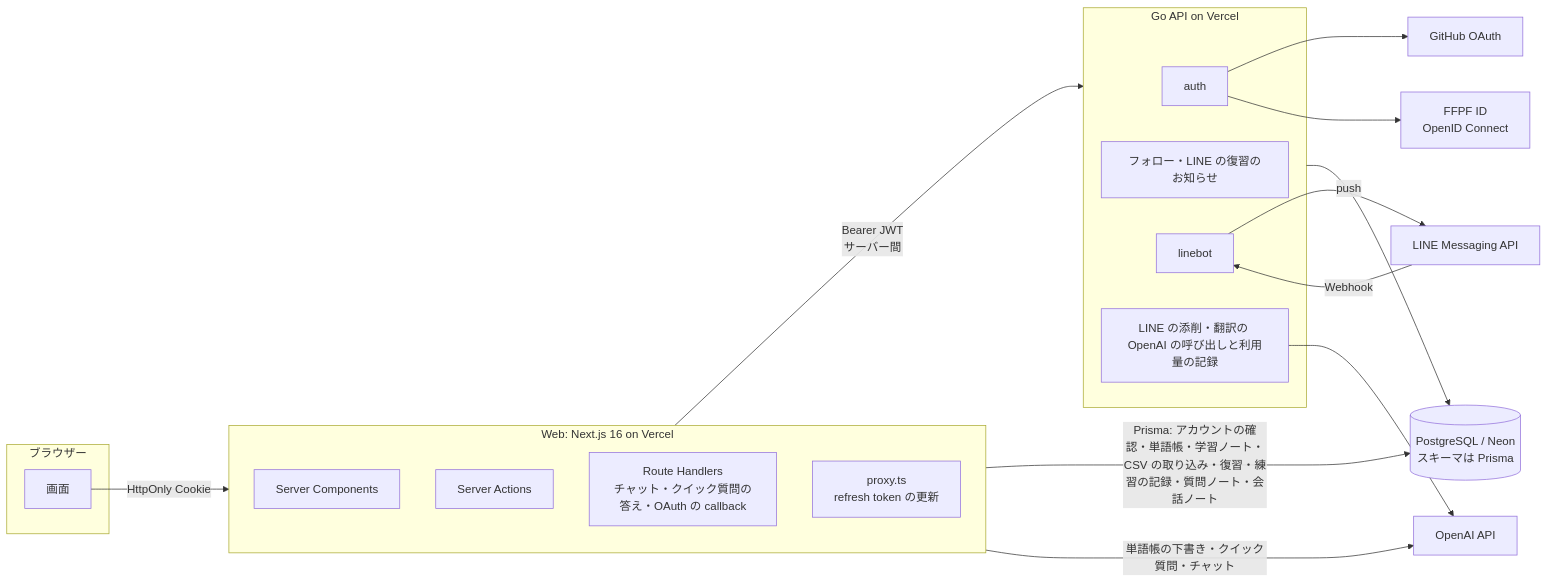
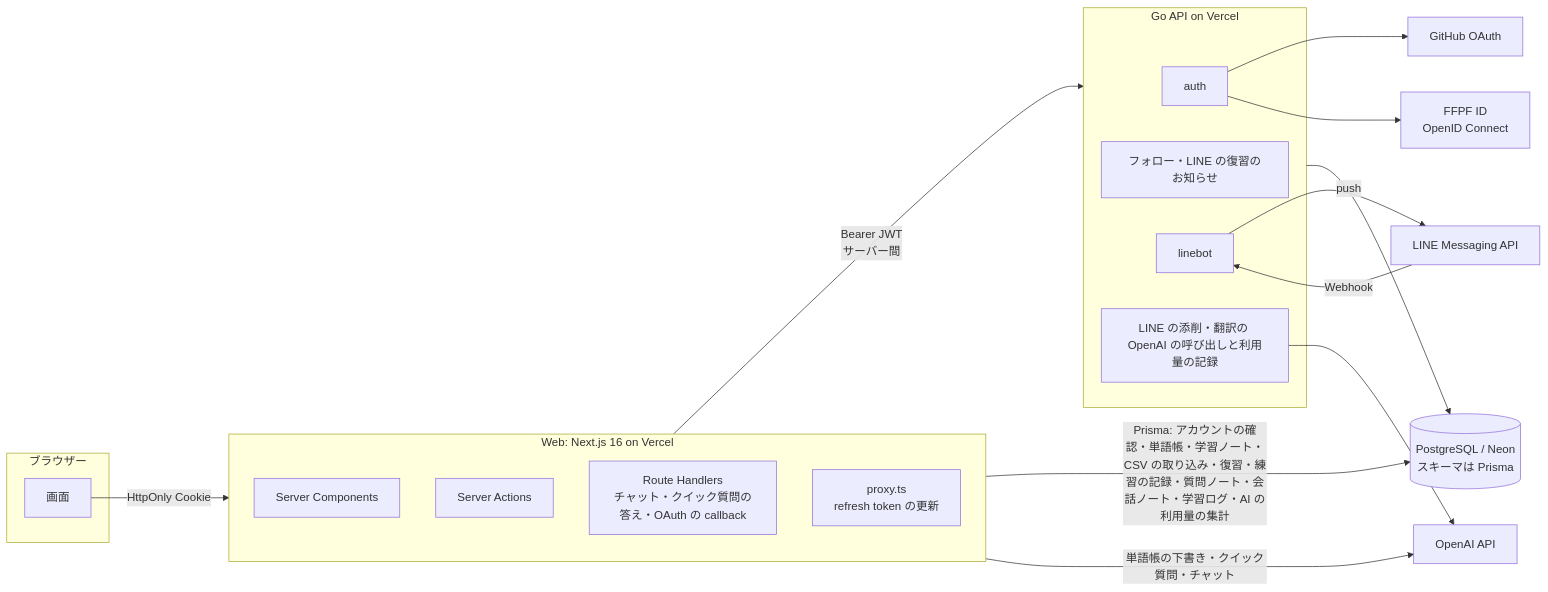
The first of 2 diagrams in docs/architecture.md (Sparklingstadt/ffpf-zhuelog), drawn with Mermaid before and after one commit. The commit also changed other lines of this file and 52 other files, not shown here.

````diff
--- a/docs/architecture.md
+++ b/docs/architecture.md
@@ -7,34 +7,34 @@
 ```mermaid
 flowchart LR
   subgraph Browser[ブラウザー]
     UI[画面]
   end
   subgraph Web[Web: Next.js 16 on Vercel]
     RSC[Server Components]
     SA[Server Actions]
     RH[Route Handlers<br/>チャット・クイック質問の答え・OAuth の callback]
     PX[proxy.ts<br/>refresh token の更新]
   end
   subgraph API[Go API on Vercel]
     AUTH[auth]
     DATA[フォロー・LINE の復習のお知らせ]
     LINEBOT[linebot]
     AI[LINE の添削・翻訳の OpenAI の呼び出しと利用量の記録]
   end
   DB[(PostgreSQL / Neon<br/>スキーマは Prisma)]
   OpenAI[OpenAI API]
   LINE[LINE Messaging API]
   GH[GitHub OAuth]
   FFPF[FFPF ID<br/>OpenID Connect]
 
   UI -->|HttpOnly Cookie| Web
   Web -->|Bearer JWT<br/>サーバー間| API
   API --> DB
-  Web -->|Prisma: アカウントの確認・単語帳・学習ノート・CSV の取り込み・復習・練習の記録・質問ノート・会話ノート| DB
+  Web -->|Prisma: アカウントの確認・単語帳・学習ノート・CSV の取り込み・復習・練習の記録・質問ノート・会話ノート・学習ログ・AI の利用量の集計| DB
   Web -->|単語帳の下書き・クイック質問・チャット| OpenAI
   AI --> OpenAI
   LINE -->|Webhook| LINEBOT
   LINEBOT -->|push| LINE
   AUTH --> GH
   AUTH --> FFPF
 ```
````
